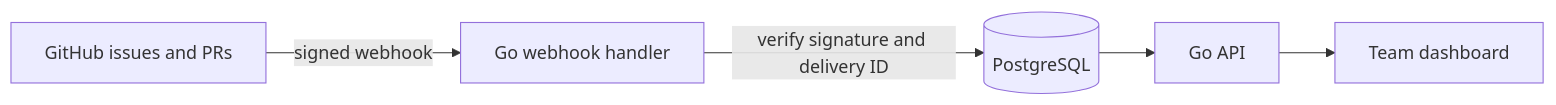
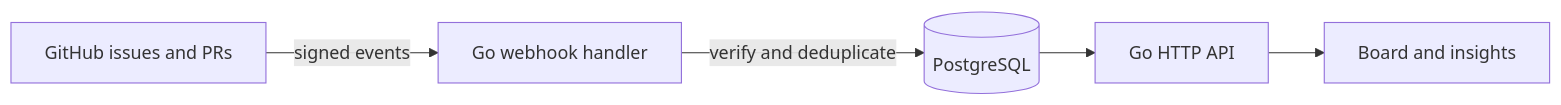
The diagram in README.md (alxerl/flowboard), drawn with Mermaid before and after one commit. The commit also changed other lines of this file and 3 other files, not shown here.

Commit message:
Polish GitHub README with real dashboard preview

````diff
--- a/README.md
+++ b/README.md
@@ -7,7 +53,7 @@
 ```mermaid
 flowchart LR
-  GH[GitHub issues and PRs] -->|signed webhook| WH[Go webhook handler]
-  WH -->|verify signature and delivery ID| DB[(PostgreSQL)]
-  DB --> API[Go API]
-  API --> UI[Team dashboard]
+  GH[GitHub issues and PRs] -->|signed events| WH[Go webhook handler]
+  WH -->|verify and deduplicate| PG[(PostgreSQL)]
+  PG --> API[Go HTTP API]
+  API --> UI[Board and insights]
 ```
````
